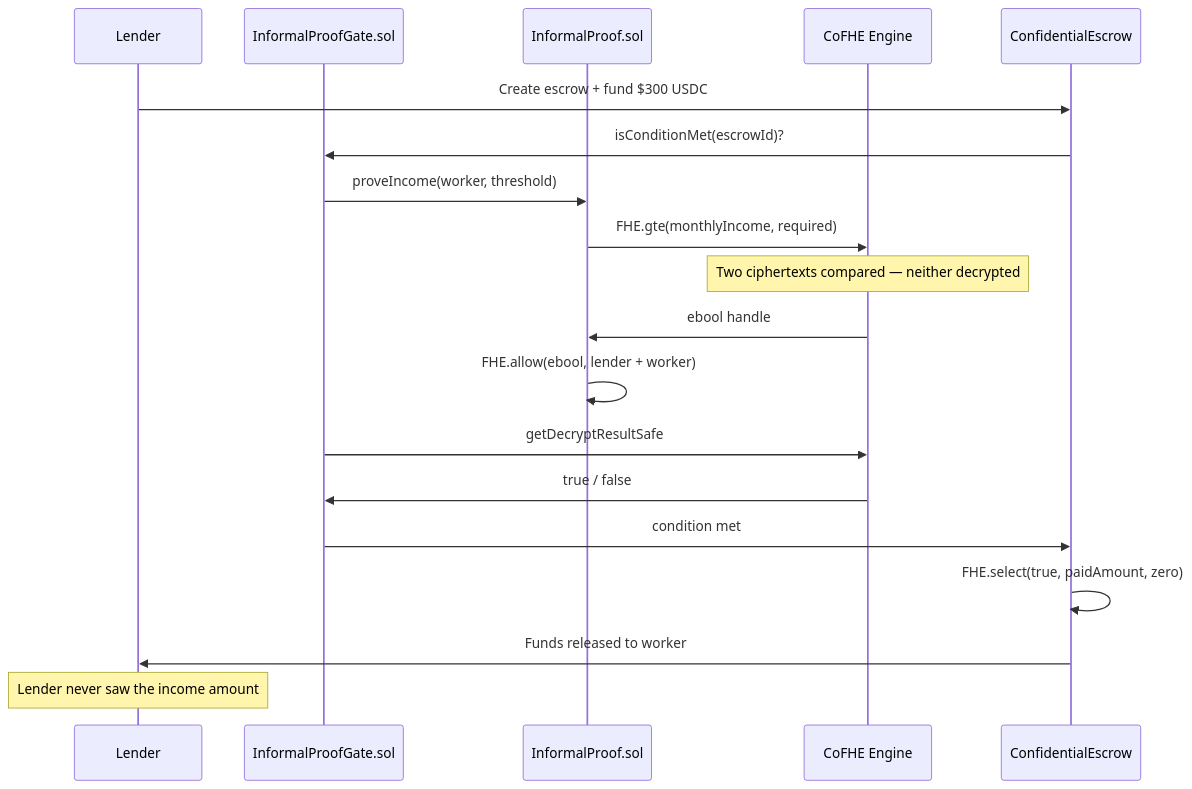
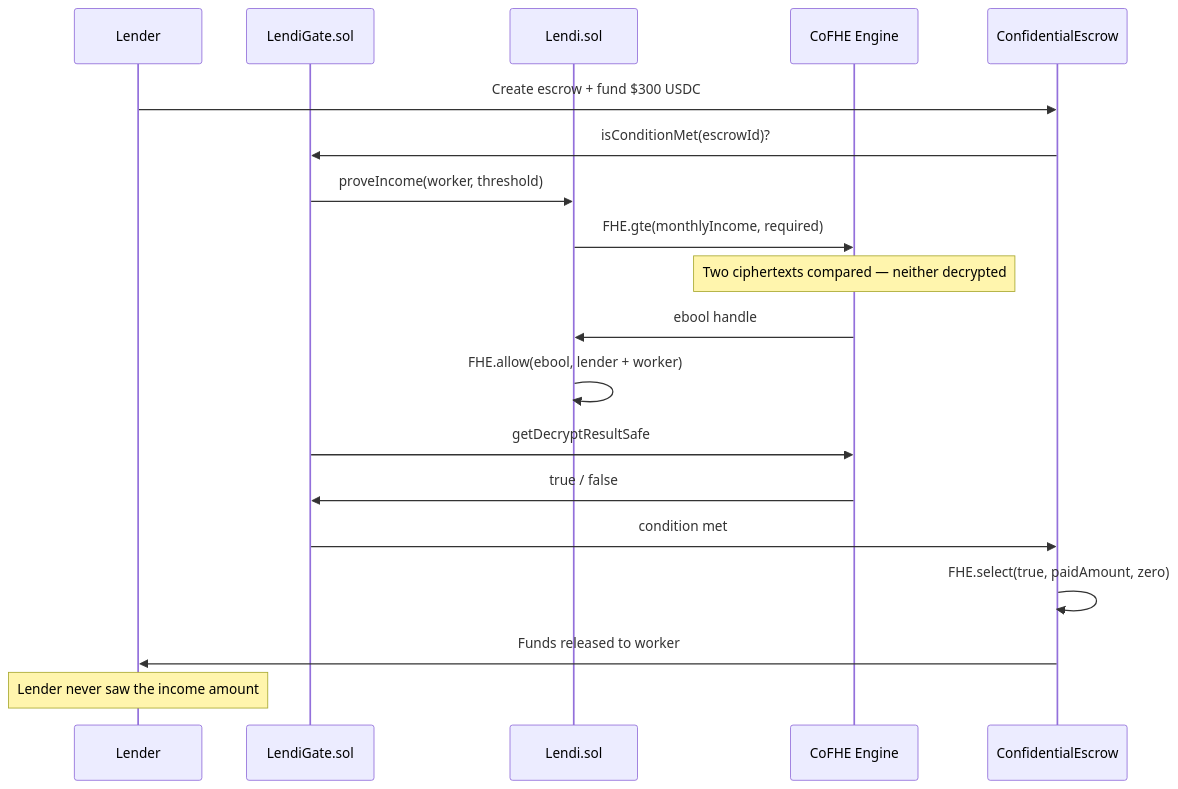
The third of 5 diagrams in ARCHITECTURE.md (InformalProof/documentation), drawn with Mermaid before and after one commit. The commit also changed other lines of this file and 7 other files, not shown here.

First line of the commit message:
Refactor project documentation to reflect rebranding from InformalProof to Lendi

````diff
--- a/ARCHITECTURE.md
+++ b/ARCHITECTURE.md
@@ -73,22 +72,22 @@
 ```mermaid
 sequenceDiagram
     participant L as Lender
-    participant GATE as InformalProofGate.sol
-    participant IP as InformalProof.sol
+    participant GATE as LendiGate.sol
+    participant IP as Lendi.sol
     participant FHE as CoFHE Engine
     participant ESC as ConfidentialEscrow
 
     L->>ESC: Create escrow + fund $300 USDC
     ESC->>GATE: isConditionMet(escrowId)?
     GATE->>IP: proveIncome(worker, threshold)
     IP->>FHE: FHE.gte(monthlyIncome, required)
     Note over FHE: Two ciphertexts compared — neither decrypted
     FHE->>IP: ebool handle
     IP->>IP: FHE.allow(ebool, lender + worker)
     GATE->>FHE: getDecryptResultSafe
     FHE->>GATE: true / false
     GATE->>ESC: condition met
     ESC->>ESC: FHE.select(true, paidAmount, zero)
     ESC->>L: Funds released to worker
     Note over L: Lender never saw the income amount
 ```
````
